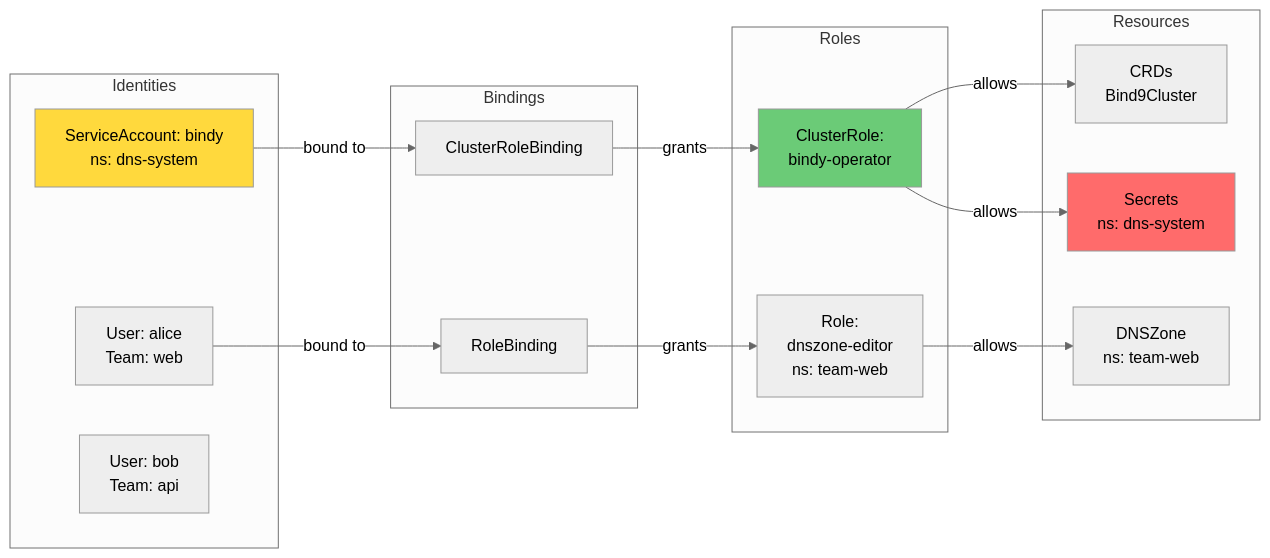
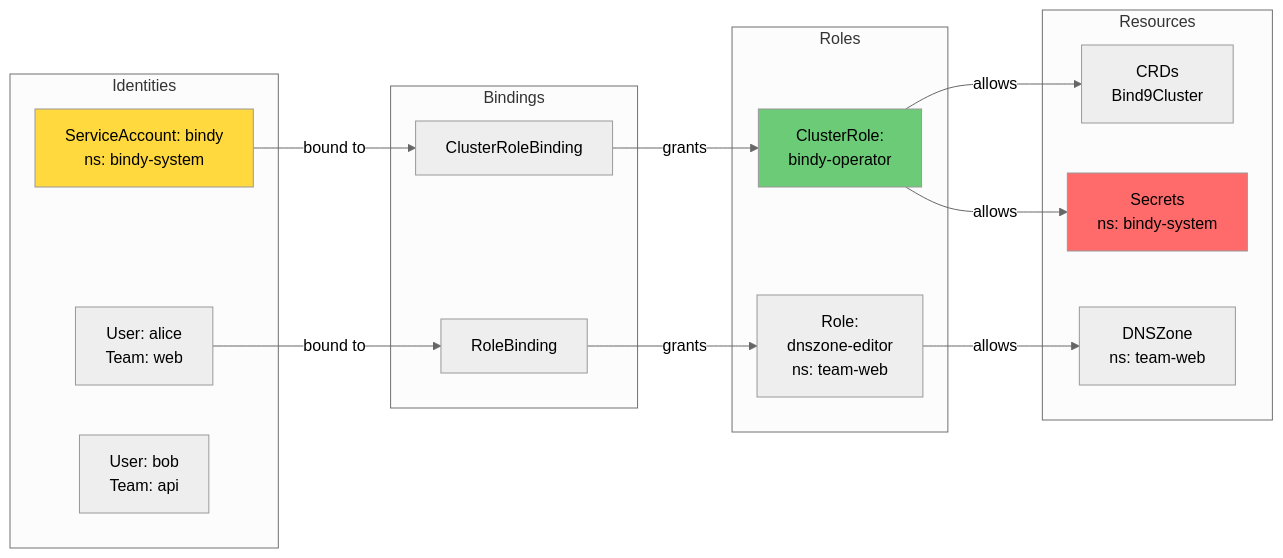
The sixth of 9 diagrams in docs/src/security/architecture.md (firestoned/bindy), drawn with Mermaid (neutral theme) before and after one commit. The commit also changed other lines of this file and 171 other files, not shown here.

Commit message:
Add support for remote cluster in scout and move to bindy-system namespace instead of dns-system throught code and docs

````diff
--- a/docs/src/security/architecture.md
+++ b/docs/src/security/architecture.md
@@ -350,37 +350,37 @@
 ```mermaid
 graph LR
     subgraph Identities
-        SA[ServiceAccount: bindy<br/>ns: dns-system]
+        SA[ServiceAccount: bindy<br/>ns: bindy-system]
         User1[User: alice<br/>Team: web]
         User2[User: bob<br/>Team: api]
     end
 
     subgraph Roles
         CR[ClusterRole:<br/>bindy-operator]
         NSR[Role:<br/>dnszone-editor<br/>ns: team-web]
     end
 
     subgraph Bindings
         CRB[ClusterRoleBinding]
         RB[RoleBinding]
     end
 
     subgraph Resources
         CRD[CRDs<br/>Bind9Cluster]
         Zone[DNSZone<br/>ns: team-web]
-        Sec[Secrets<br/>ns: dns-system]
+        Sec[Secrets<br/>ns: bindy-system]
     end
 
     SA -->|bound to| CRB
     CRB -->|grants| CR
     CR -->|allows| CRD
     CR -->|allows| Sec
 
     User1 -->|bound to| RB
     RB -->|grants| NSR
     NSR -->|allows| Zone
 
     style SA fill:#FFD93D
     style CR fill:#6BCB77
     style Sec fill:#FF6B6B
 ```
````
